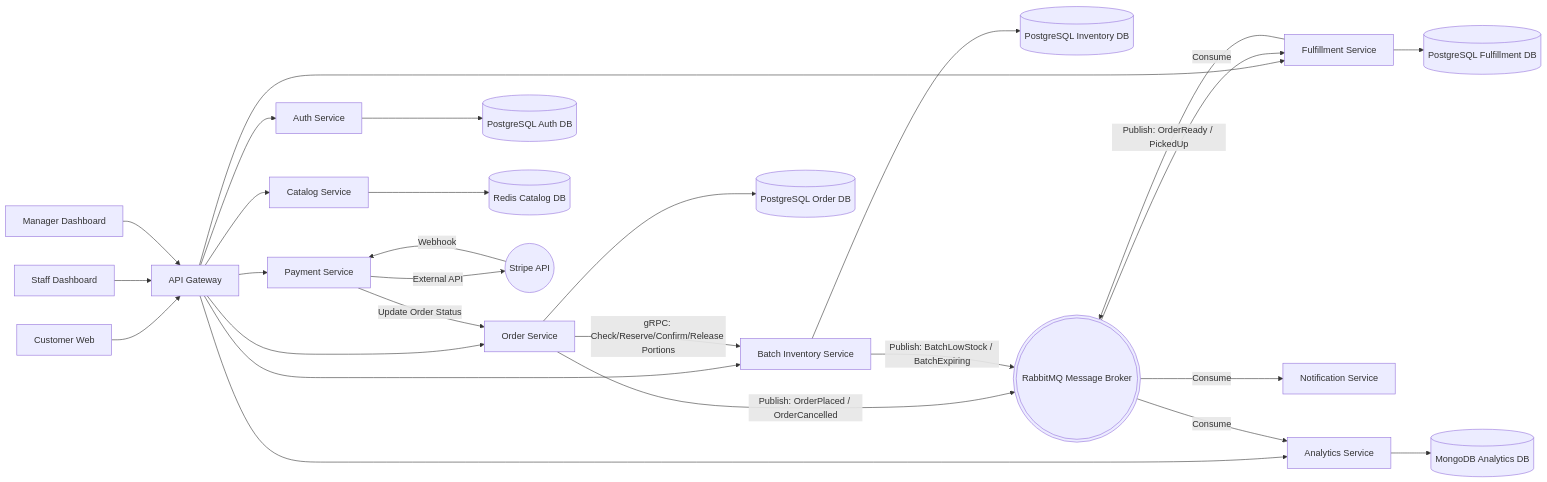
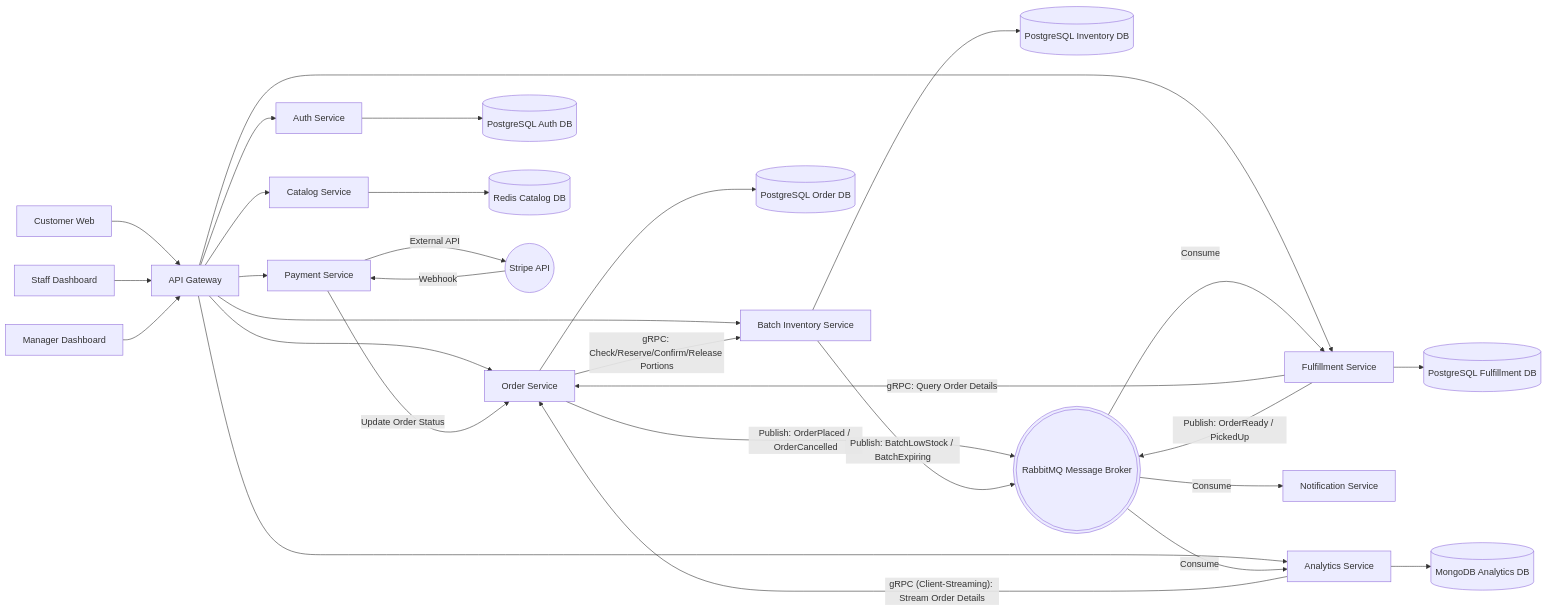
The diagram in docs/architecture-diagram.md (PhoengZ/backend-gelato-management), drawn with Mermaid before and after one commit. The commit also changed 6 other files, not shown here.

First line of the commit message:
docs(architecture): transition cross-service data access to gRPC and add analytics client streaming

````diff
--- a/docs/architecture-diagram.md
+++ b/docs/architecture-diagram.md
@@ -1,68 +1,70 @@
 ```mermaid
 flowchart LR
     %% Clients
     CW[Customer Web]
     SD[Staff Dashboard]
     MD[Manager Dashboard]
 
     %% API Gateway
     AG[API Gateway]
 
     %% Services
     AS[Auth Service]
     CS[Catalog Service]
     OS[Order Service]
     BIS[Batch Inventory Service]
     PS[Payment Service]
     FS[Fulfillment Service]
     NS[Notification Service]
     ANS[Analytics Service]
 
     %% Databases & Infrastructure
     AuthDB[(PostgreSQL Auth DB)]
     CatDB[(Redis Catalog DB)]
     OrdDB[(PostgreSQL Order DB)]
     InvDB[(PostgreSQL Inventory DB)]
     FulDB[(PostgreSQL Fulfillment DB)]
     AnaDB[(MongoDB Analytics DB)]
     RMQ(((RabbitMQ Message Broker)))
     Stripe((Stripe API))
 
     %% Client Connections
     CW --> AG
     SD --> AG
     MD --> AG
 
     %% Gateway to Services
     AG --> AS
     AG --> CS
     AG --> OS
     AG --> BIS
     AG --> PS
     AG --> FS
     AG --> ANS
 
     %% Service to Database Connections
     AS --> AuthDB
     CS --> CatDB
     OS --> OrdDB
     BIS --> InvDB
     FS --> FulDB
     ANS --> AnaDB
 
     %% Inter-service & External Connections
     OS -- gRPC: Check/Reserve/Confirm/Release Portions --> BIS
+    ANS -- "gRPC (Client-Streaming): Stream Order Details" --> OS
+    FS -- "gRPC: Query Order Details" --> OS
     PS -- Update Order Status --> OS 
     PS -- External API --> Stripe
     Stripe -- Webhook --> PS
 
     %% Message Broker Connections (Publishers)
     OS -- Publish: OrderPlaced / OrderCancelled --> RMQ
     BIS -- Publish: BatchLowStock / BatchExpiring --> RMQ
     FS -- Publish: OrderReady / PickedUp --> RMQ
 
     %% Message Broker Connections (Consumers)
     RMQ -- Consume --> FS
     RMQ -- Consume --> NS
     RMQ -- Consume --> ANS
 ```
````
